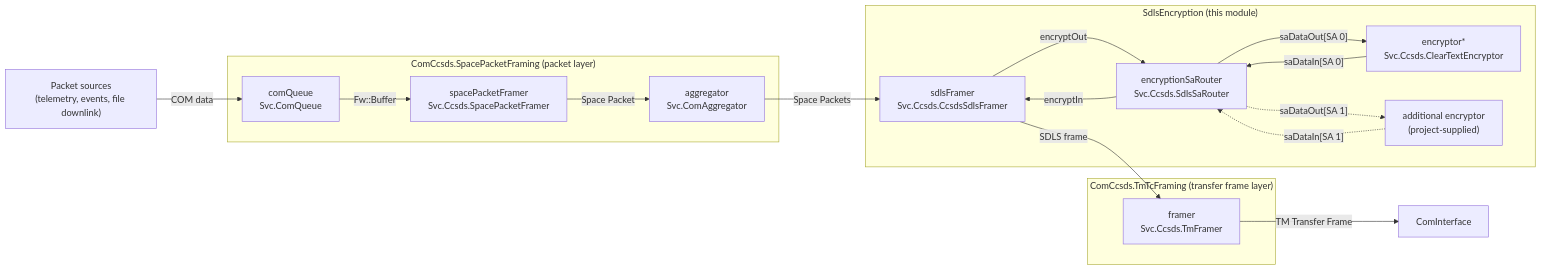
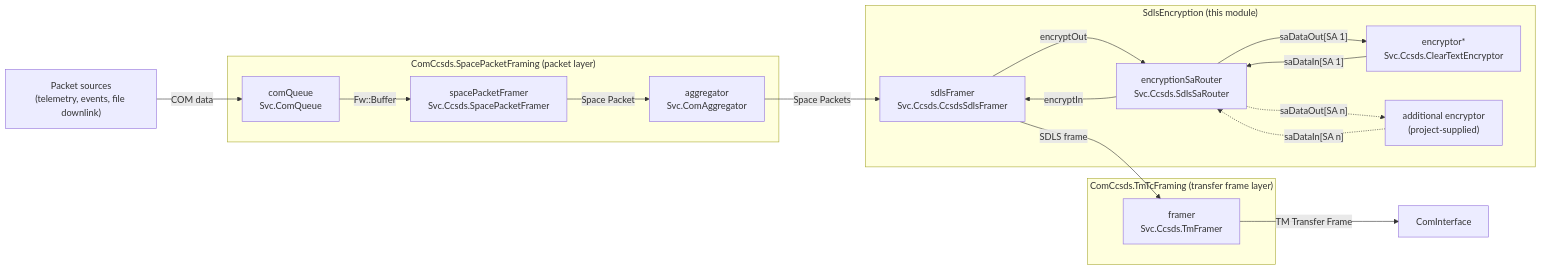
Before and after one commit to nasa/fprime: the second of 2 diagrams in Svc/Subtopologies/ComCcsdsSdls/sdd/sdd.md, drawn with Mermaid. The commit also changed other lines of this file and 863 other files, not shown here.

````diff
--- a/Svc/Subtopologies/ComCcsdsSdls/sdd/sdd.md
+++ b/Svc/Subtopologies/ComCcsdsSdls/sdd/sdd.md
@@ -111,35 +112,35 @@
 ```mermaid
 flowchart LR
     subgraph SPF["ComCcsds.SpacePacketFraming (packet layer)"]
         comQueue["comQueue<br>Svc.ComQueue"]
         spacePacketFramer["spacePacketFramer<br>Svc.Ccsds.SpacePacketFramer"]
         aggregator["aggregator<br>Svc.ComAggregator"]
     end
 
     subgraph ENC["SdlsEncryption (this module)"]
         sdlsFramer["sdlsFramer<br>Svc.Ccsds.CcsdsSdlsFramer"]
         encryptionSaRouter["encryptionSaRouter<br>Svc.Ccsds.SdlsSaRouter"]
         encryptor["encryptor*<br>Svc.Ccsds.ClearTextEncryptor"]
         encryptor2["additional encryptor<br>(project-supplied)"]
     end
 
     subgraph TMTC["ComCcsds.TmTcFraming (transfer frame layer)"]
         framer["framer<br>Svc.Ccsds.TmFramer"]
     end
 
     com["ComInterface"]
     src["Packet sources<br>(telemetry, events, file downlink)"]
 
     src -->|COM data| comQueue
     comQueue -->|Fw::Buffer| spacePacketFramer
     spacePacketFramer -->|Space Packet| aggregator
     aggregator -->|Space Packets| sdlsFramer
     sdlsFramer -->|encryptOut| encryptionSaRouter
-    encryptionSaRouter -->|"saDataOut[SA 0]"| encryptor
-    encryptor -->|"saDataIn[SA 0]"| encryptionSaRouter
-    encryptionSaRouter -.->|"saDataOut[SA 1]"| encryptor2
-    encryptor2 -.->|"saDataIn[SA 1]"| encryptionSaRouter
+    encryptionSaRouter -->|"saDataOut[SA 1]"| encryptor
+    encryptor -->|"saDataIn[SA 1]"| encryptionSaRouter
+    encryptionSaRouter -.->|"saDataOut[SA n]"| encryptor2
+    encryptor2 -.->|"saDataIn[SA n]"| encryptionSaRouter
     encryptionSaRouter -->|encryptIn| sdlsFramer
     sdlsFramer -->|SDLS frame| framer
     framer -->|TM Transfer Frame| com
 ```
````
